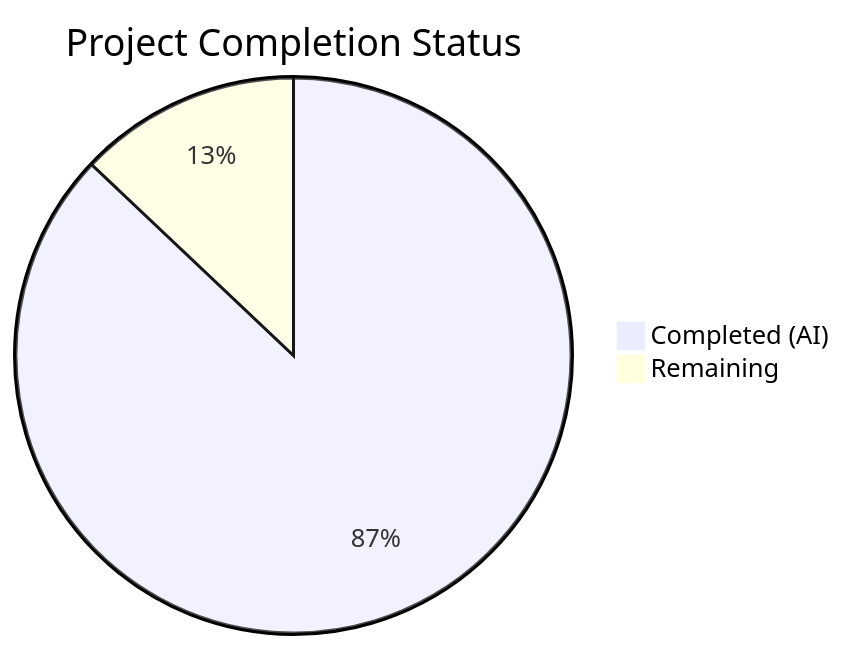
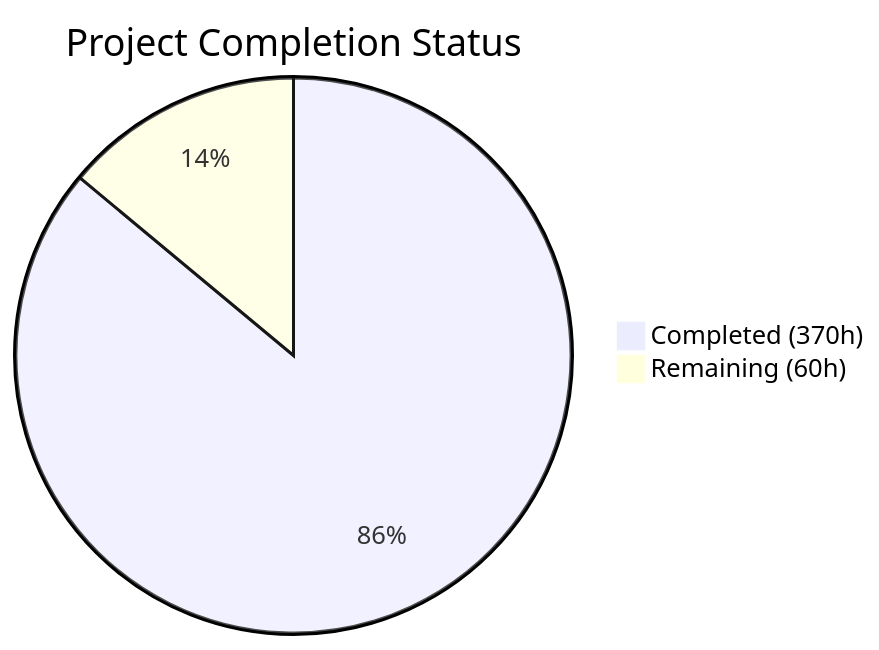
One commit to Blitzy-Sandbox/blitzy-wordpress changed the first of 3 diagrams in blitzy/documentation/Project Guide.md. Above: the diagram before and after it, drawn with Mermaid. The commit also changed other lines of this file, not shown here.

Commit message:
Adding Blitzy Project Guide: Project Status and Human Tasks Remaining

````diff
--- a/blitzy/documentation/Project Guide.md
+++ b/blitzy/documentation/Project Guide.md
@@ -15,5 +13,5 @@
 ```mermaid
 pie title Project Completion Status
-    "Completed (AI)" : 296
-    "Remaining" : 44
+    "Completed (370h)" : 370
+    "Remaining (60h)" : 60
 ```
````
